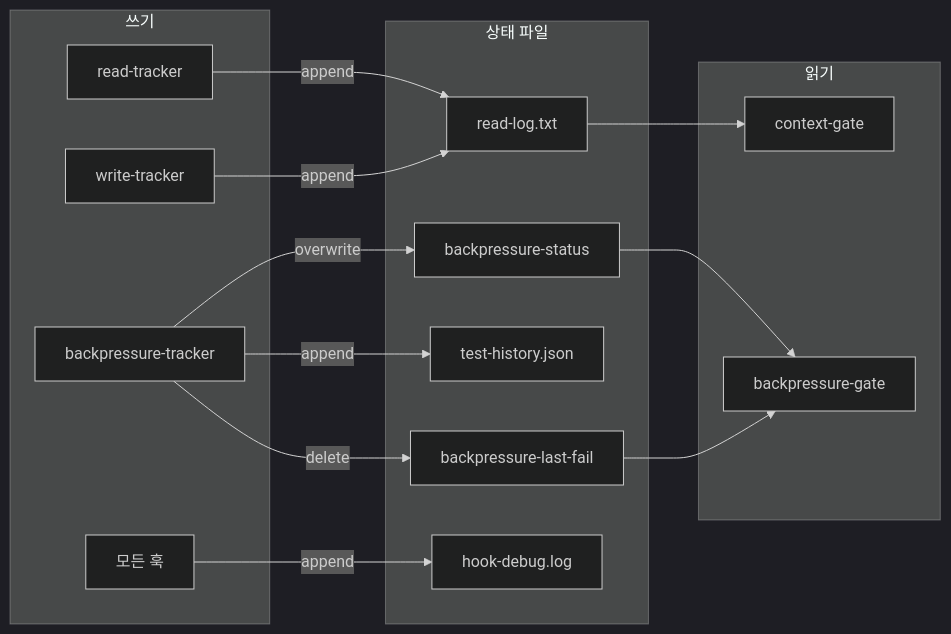
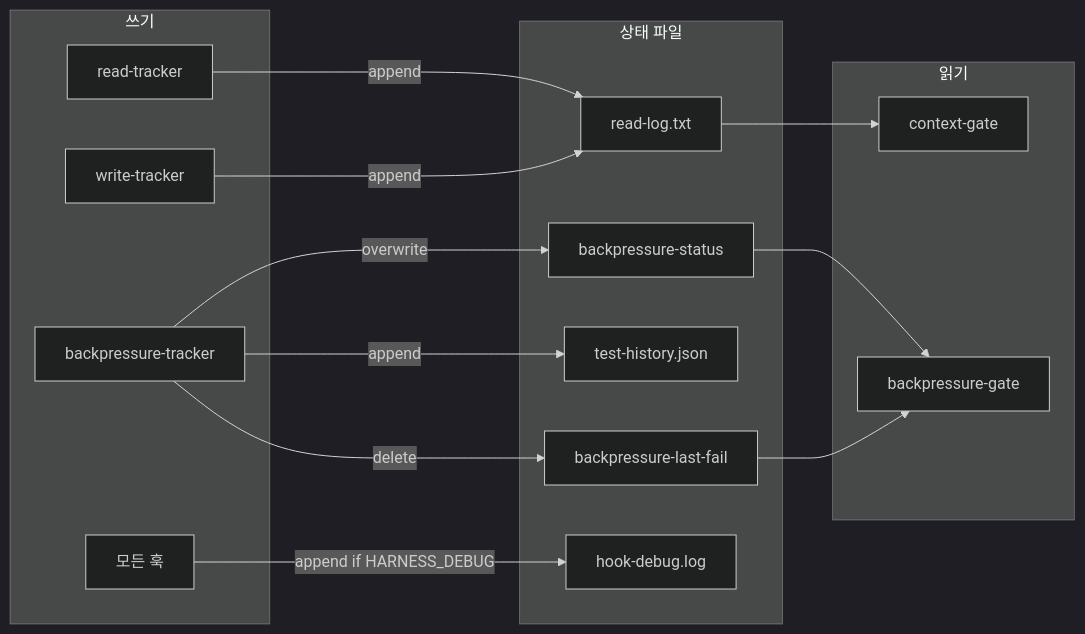
One commit to rae-hugo-kim/claude changed the seventh of 7 diagrams in docs/architecture/harness-architecture.md. Above: the diagram before and after it, drawn with Mermaid (dark theme). The commit also changed other lines of this file and 11 other files, not shown here.

First line of the commit message:
fix(harness): gate hook debug logging behind HARNESS_DEBUG (P1 #8a)

````diff
--- a/docs/architecture/harness-architecture.md
+++ b/docs/architecture/harness-architecture.md
@@ -329,33 +330,33 @@
 ```mermaid
 flowchart LR
     subgraph Writers["쓰기"]
         RT[read-tracker]
         WT[write-tracker]
         BT[backpressure-tracker]
         ALL[모든 훅]
     end
 
     subgraph Files["상태 파일"]
         RL[read-log.txt]
         BS[backpressure-status]
         TH[test-history.json]
         BF[backpressure-last-fail]
         DL[hook-debug.log]
     end
 
     subgraph Readers["읽기"]
         CG[context-gate]
         BG[backpressure-gate]
     end
 
     RT -->|append| RL
     WT -->|append| RL
     BT -->|overwrite| BS
     BT -->|append| TH
     BT -->|delete| BF
-    ALL -->|append| DL
+    ALL -->|append if HARNESS_DEBUG| DL
 
     RL --> CG
     BS --> BG
     BF --> BG
 ```
````
